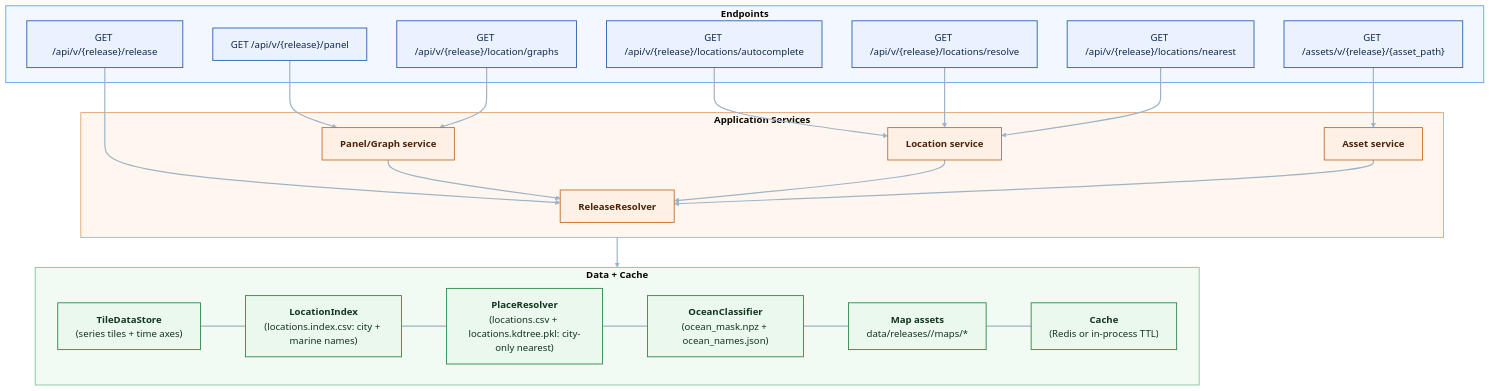
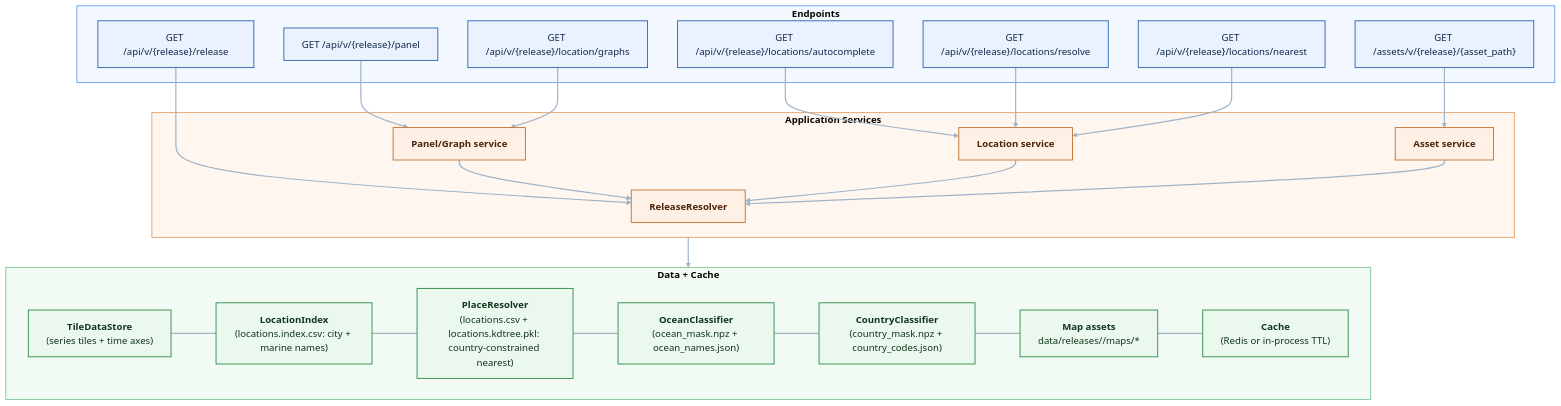
One commit to climate-you/climate changed the third of 4 diagrams in docs/project_pipeline_diagrams.md. Above: the diagram before and after it, drawn with Mermaid. The commit also changed 2 other files, not shown here.

Commit message:
Update documentation with new CountryClassifier

````diff
--- a/docs/project_pipeline_diagrams.md
+++ b/docs/project_pipeline_diagrams.md
@@ -80,62 +80,63 @@
 ```mermaid
 %%{init: {'theme':'base','themeCSS': '.cluster-label text {font-size: 30px !important; font-weight: 800 !important; fill: #E5EDF7 !important;}'} }%%
 flowchart TB
   subgraph E["<b>Endpoints</b>"]
     E1["GET /api/v/{release}/release"]
     E2["GET /api/v/{release}/panel"]
     E3["GET /api/v/{release}/location/graphs"]
     E4["GET /api/v/{release}/locations/autocomplete"]
     E5["GET /api/v/{release}/locations/resolve"]
     E6["GET /api/v/{release}/locations/nearest"]
     E7["GET /assets/v/{release}/{asset_path}"]
   end
 
   subgraph A["<b>Application Services</b>"]
     R["<b>ReleaseResolver</b>"]
     PG["<b>Panel/Graph service</b>"]
     LS["<b>Location service</b>"]
     AS["<b>Asset service</b>"]
   end
 
   subgraph D["<b>Data + Cache</b>"]
     direction LR
     TS["<b>TileDataStore</b><br/>(series tiles + time axes)"]
     LI["<b>LocationIndex</b><br/>(locations.index.csv: city + marine names)"]
-    PR["<b>PlaceResolver</b><br/>(locations.csv + locations.kdtree.pkl: city-only nearest)"]
+    PR["<b>PlaceResolver</b><br/>(locations.csv + locations.kdtree.pkl: country-constrained nearest)"]
     OC["<b>OceanClassifier</b><br/>(ocean_mask.npz + ocean_names.json)"]
+    CC["<b>CountryClassifier</b><br/>(country_mask.npz + country_codes.json)"]
     MAP["<b>Map assets</b><br/>data/releases/<release>/maps/*"]
     CA["<b>Cache</b><br/>(Redis or in-process TTL)"]
-    TS ~~~ LI ~~~ PR ~~~ OC ~~~ MAP ~~~ CA
+    TS ~~~ LI ~~~ PR ~~~ OC ~~~ CC ~~~ MAP ~~~ CA
   end
 
   E1 --> R
 
   E2 --> PG
   E3 --> PG
 
   E4 --> LS
   E5 --> LS
   E6 --> LS
 
   E7 --> AS
 
   PG --> R
   LS --> R
   AS --> R
 
   A --> D
 
   classDef endpoint fill:#EAF2FF,stroke:#2C62B0,color:#102748,stroke-width:1.5px;
   classDef service fill:#FFF0E6,stroke:#C46F2B,color:#4A2308,stroke-width:1.5px;
   classDef data fill:#EAF8EE,stroke:#2F8B4A,color:#12351D,stroke-width:1.5px;
 
   class E1,E2,E3,E4,E5,E6,E7 endpoint;
   class R,PG,LS,AS service;
-  class TS,LI,PR,OC,MAP,CA data;
+  class TS,LI,PR,OC,CC,MAP,CA data;
 
   style E fill:#F3F8FF,stroke:#6D9EEB,stroke-width:1.5px;
   style A fill:#FFF7EF,stroke:#E3A36E,stroke-width:1.5px;
   style D fill:#F1FBF4,stroke:#83C596,stroke-width:1.5px;
 
   linkStyle default stroke:#9FB3C8,stroke-width:2px;
 ```
````
